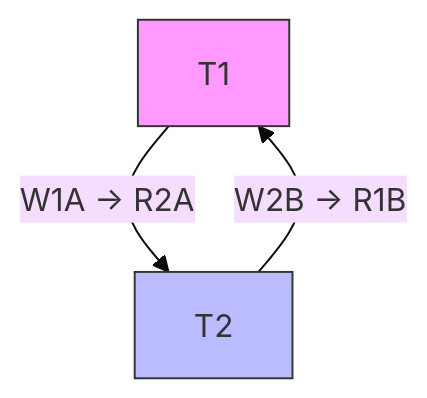
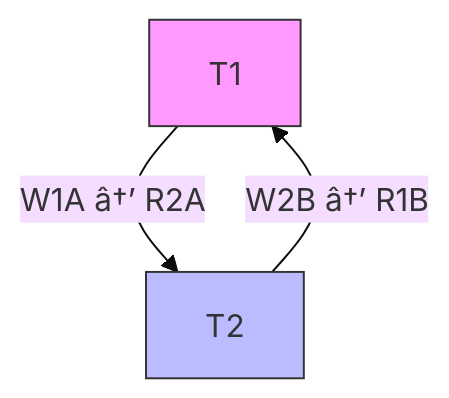
One commit to Raushan666java/ai-engineering-journey changed the fifth of 8 diagrams in docs/courses/gate-cs-preparation/23-gate-2025-solved.md. Above: the diagram before and after it, drawn with Mermaid (base theme). The commit also changed other lines of this file and 30 other files, not shown here.

Commit message:
deploy: add Summary/Quiz/Exercises/TS/Mermaid to all 29 GATE CS chapters

````diff
--- a/docs/courses/gate-cs-preparation/23-gate-2025-solved.md
+++ b/docs/courses/gate-cs-preparation/23-gate-2025-solved.md
@@ -1087,7 +1087,7 @@
 ```mermaid
 graph TD
-    T1 -->|W1A → R2A| T2
-    T2 -->|W2B → R1B| T1
+    T1 -->|W1A â†’ R2A| T2
+    T2 -->|W2B â†’ R1B| T1
     style T1 fill:#f9f,stroke:#333
     style T2 fill:#bbf,stroke:#333
 ```
````
